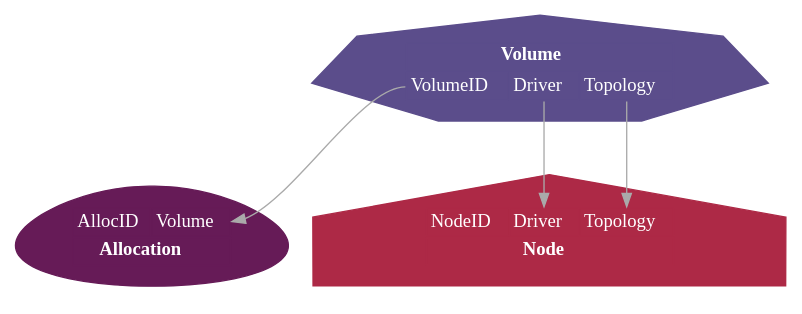
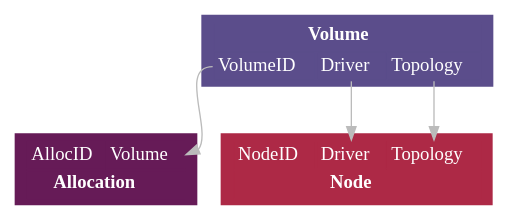
One commit to langmartin/nomad-dev changed the diagram in doc/csi_volumes.dot. Above: the diagram before and after it, drawn with Graphviz. The commit also changed 1 other file, not shown here.

Commit message:
some diagram stuff

```diff
--- a/doc/csi_volumes.dot
+++ b/doc/csi_volumes.dot
@@ -1,50 +1,50 @@
 digraph {
 	// bgcolor="black"
-	edge[color="#aaaaaa"]
+	edge[color="#bbbbbb"]
 
 	// blue
-	node[style="filled" color="#5B4D8B" shape="septagon" fontcolor="white"]
+	node[style="filled" color="#5B4D8B" shape="box" fontcolor="white"]
 	// vol[shape="record" label="<id> VolumeID|<dr> Driver"]
 	vol[label=<<table border="0" cellborder="1" cellspacing="1">
 	    <tr><td colspan="3"><b>Volume</b></td></tr><tr>
 	       <td port="id">VolumeID</td>
 	       <td port="dr">Driver</td>
 	       <td port="tp">Topology</td>
 	       </tr></table>>]
 
 	// purple
-	node[color="#661B57" shape="egg"]
+	node[color="#661B57" shape="box"]
 	// alloc[shape="record" label="<id> AllocID|<vol> Volume"]
 	alloc[label=<<table border="0" cellborder="1" cellspacing="1">
 	      <tr>
 	       <td port="id">AllocID</td>
 	       <td port="vol">Volume</td>
 	      </tr>
 	      <tr><td colspan="2"><b>Allocation</b></td></tr>
 	      </table>>]
 
 	// red
-	node[color="#AD2946" shape="house"]
+	node[color="#AD2946" shape="box"]
 	// nnode[shape="record" label="<id> NodeID|<dr> Driver|..."]
 	nnode[label=<<table border="0" cellborder="1" cellspacing="1">
 	      <tr>
 	       <td port="id">NodeID</td>
 	       <td port="dr">Driver</td>
 	       <td port="tp">Topology</td>
 	      </tr>
 	      <tr><td colspan="3"><b>Node</b></td></tr>
 	      </table>>]
 
 	vol:id -> alloc:vol
 	vol:dr -> nnode:dr
 	vol:tp -> nnode:tp
 
 	// alloc:vol -> vol:id
 	// nnode:dr -> vol:dr
 
 	// orange
 	// node[color="#DB411F" shape="diamond"]
 
 	// yellow
 	// node[color="#E78F28" shape="square"]
 }
```
